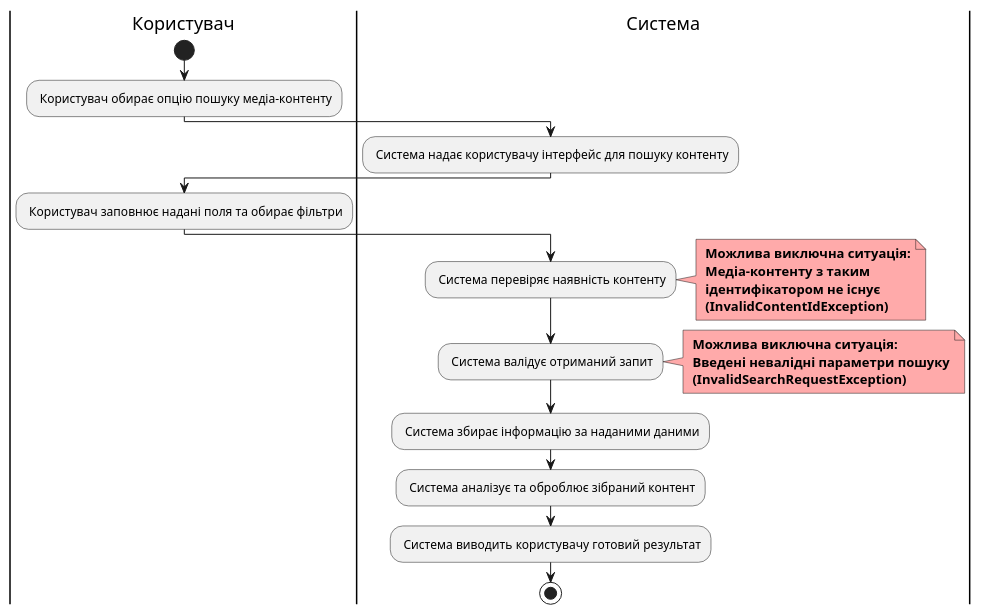
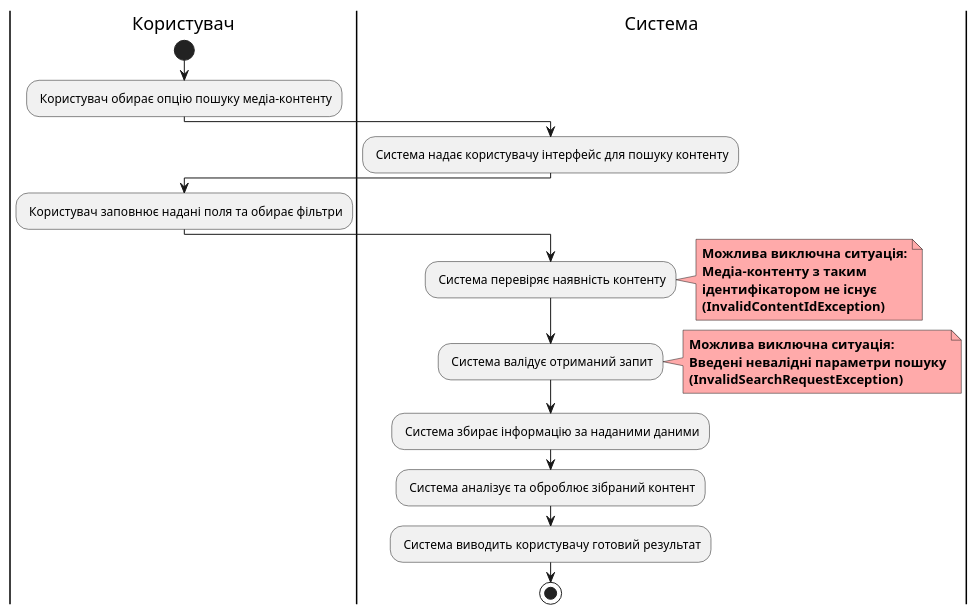
The tenth of 12 diagrams in docs/use cases/README.md (semenyaka08/media-content-api), drawn with PlantUML before and after one commit. The commit also changed other lines of this file, not shown here.

```diff
--- a/docs/use cases/README.md
+++ b/docs/use cases/README.md
@@ -473,32 +475,32 @@
 @startuml
 
 |Користувач| 
 start
 : Користувач обирає опцію пошуку медіа-контенту;
 
 |Система|
 : Система надає користувачу інтерфейс для пошуку контенту;
 
 |Користувач| 
 : Користувач заповнює надані поля та обирає фільтри;
 
 |Система|
 : Система перевіряє наявність контенту;
 note right #ffaaaa
-<b> Можлива виключна ситуація:
-<b> Медіа-контенту з таким 
-<b> ідентифікатором не існує
-<b> (InvalidContentIdException)
+    <b>Можлива виключна ситуація:</b>
+    <b>Медіа-контенту з таким</b>
+    <b>ідентифікатором не існує</b>
+    <b>(InvalidContentIdException)</b>
 end note
 : Система валідує отриманий запит;
 note right #ffaaaa
-<b> Можлива виключна ситуація:
-<b> Введені невалідні параметри пошуку
-<b> (InvalidSearchRequestException)
+    <b>Можлива виключна ситуація:</b>
+    <b>Введені невалідні параметри пошуку</b>
+    <b>(InvalidSearchRequestException)</b>
 end note
 : Система збирає інформацію за наданими даними;
 : Система аналізує та оброблює зібраний контент;
 : Система виводить користувачу готовий результат;
 stop
 
 @enduml
```
